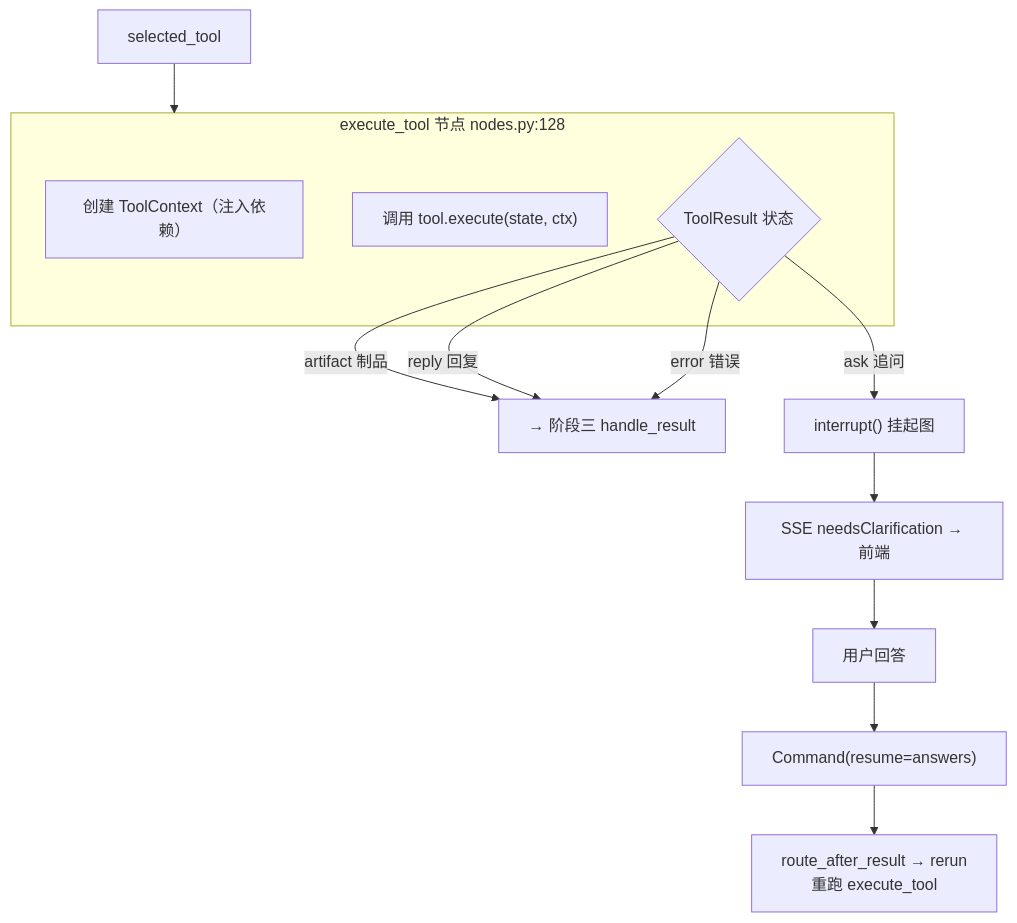
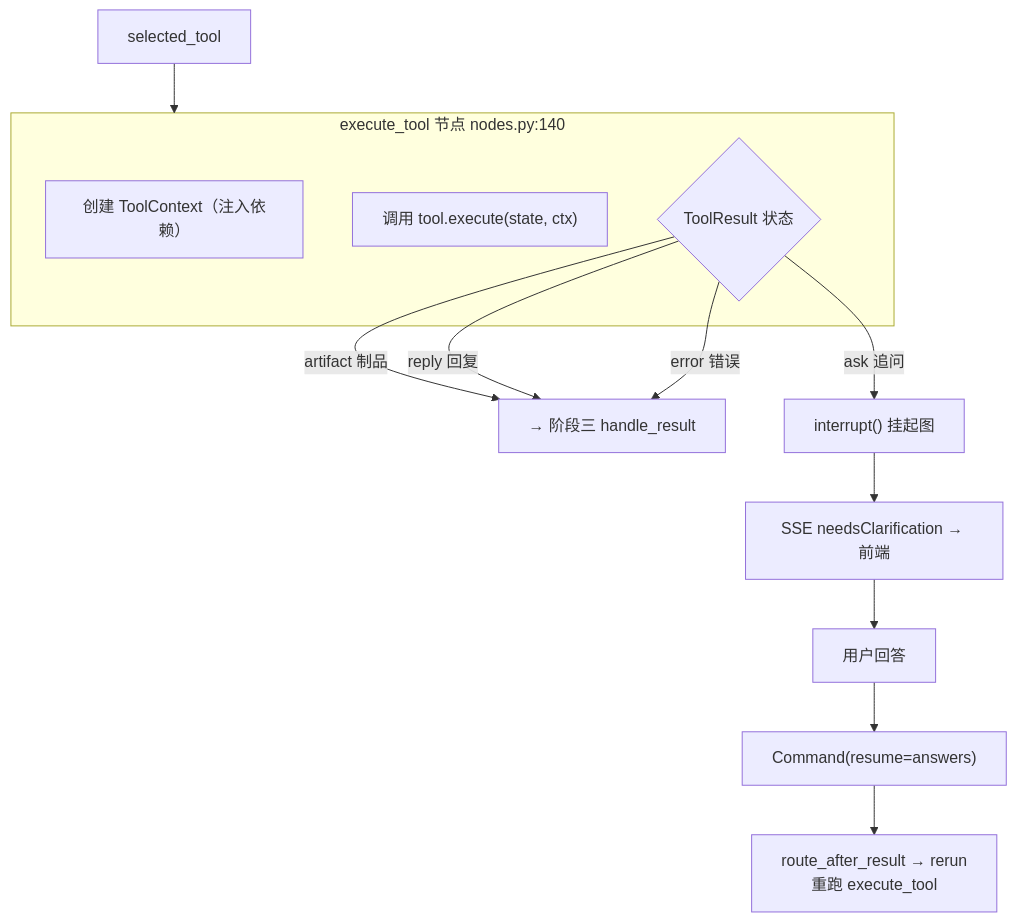
Before and after one commit to 996Code/llm-to-modeler: the fourth of 15 diagrams in doc/系统架构与学习指南.md, drawn with Mermaid. The commit also changed other lines of this file, not shown here.

````diff
--- a/doc/系统架构与学习指南.md
+++ b/doc/系统架构与学习指南.md
@@ -102,20 +102,20 @@
 ```mermaid
 flowchart TD
     Tool["selected_tool"] --> Execute
 
-    subgraph Execute["execute_tool 节点 nodes.py:128"]
+    subgraph Execute["execute_tool 节点 nodes.py:140"]
         E1["创建 ToolContext（注入依赖）"]
         E2["调用 tool.execute(state, ctx)"]
         E3{"ToolResult 状态"}
     end
 
     E3 -->|artifact 制品| Handle["→ 阶段三 handle_result"]
     E3 -->|reply 回复| Handle
     E3 -->|ask 追问| Interrupt["interrupt() 挂起图"]
     E3 -->|error 错误| Handle
 
     Interrupt --> SSE["SSE needsClarification → 前端"]
     SSE --> User["用户回答"]
     User --> Resume["Command(resume=answers)"]
     Resume --> Rerun["route_after_result → rerun<br/>重跑 execute_tool"]
 ```
````
